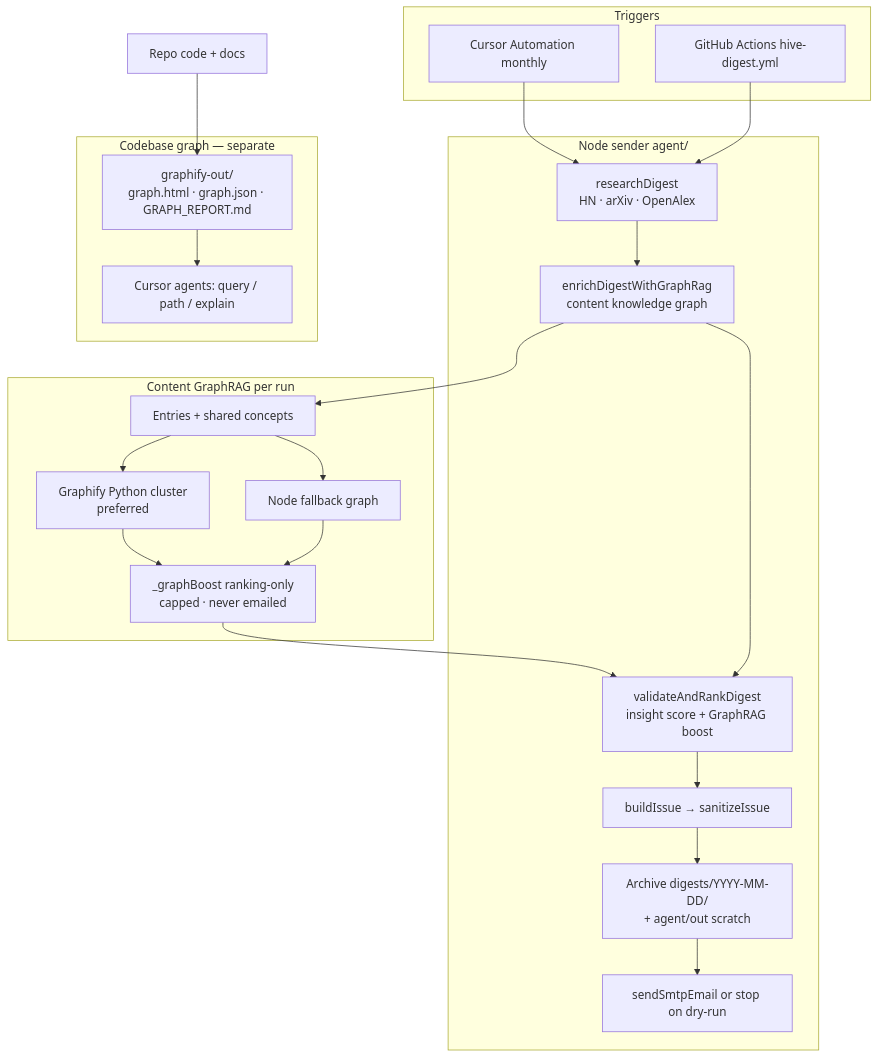
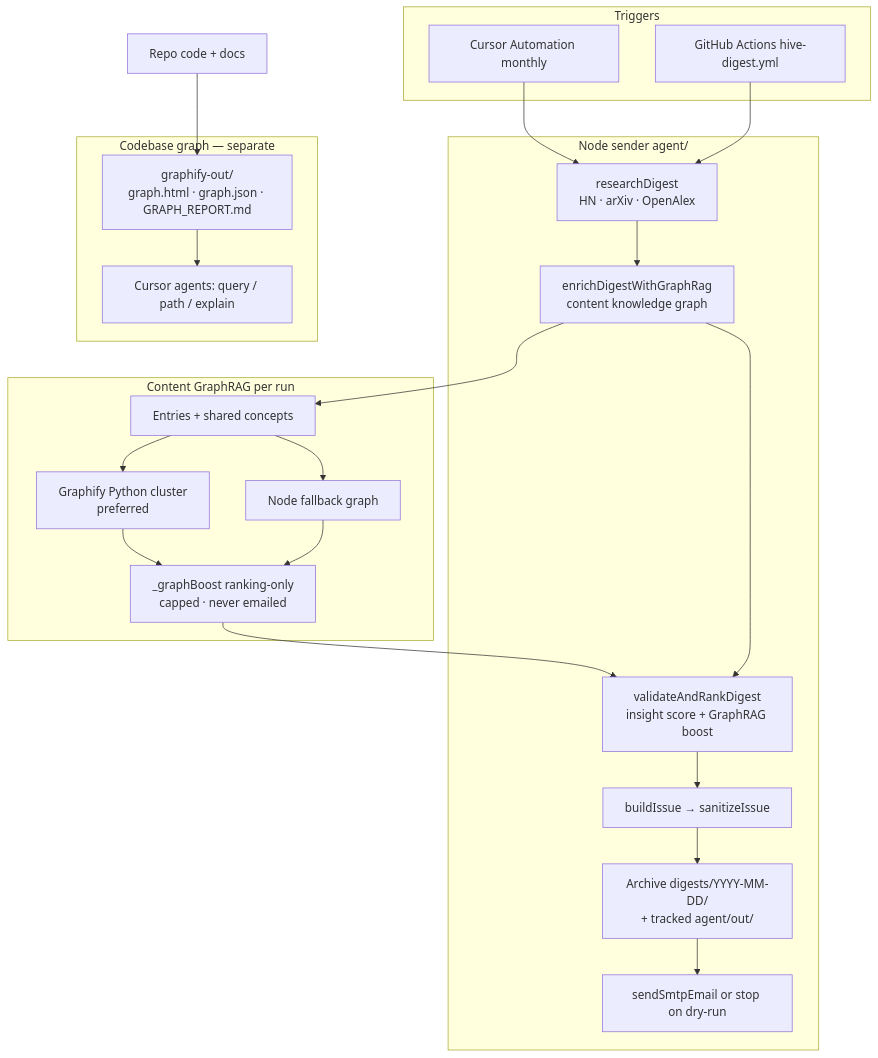
One commit to ark-synbrains/dev-digest changed the diagram in README.md. Above: the diagram before and after it, drawn with Mermaid. The commit also changed other lines of this file and 39 other files, not shown here.

First line of the commit message:
chore: track agent/out run artifacts in git (#26)

````diff
--- a/README.md
+++ b/README.md
@@ -126,45 +126,45 @@
 ```mermaid
 flowchart TB
   subgraph triggers [Triggers]
     CA[Cursor Automation monthly]
     GA[GitHub Actions hive-digest.yml]
   end
 
   subgraph sender [Node sender agent/]
     R[researchDigest<br/>HN · arXiv · OpenAlex]
     G[enrichDigestWithGraphRag<br/>content knowledge graph]
     V[validateAndRankDigest<br/>insight score + GraphRAG boost]
     B[buildIssue → sanitizeIssue]
-    A[Archive digests/YYYY-MM-DD/<br/>+ agent/out scratch]
+    A[Archive digests/YYYY-MM-DD/<br/>+ tracked agent/out/]
     S[sendSmtpEmail or stop on dry-run]
   end
 
   subgraph contentGraph [Content GraphRAG per run]
     E[Entries + shared concepts]
     P[Graphify Python cluster<br/>preferred]
     N[Node fallback graph]
     X[_graphBoost ranking-only<br/>capped · never emailed]
   end
 
   subgraph codebaseGraph [Codebase graph — separate]
     CG[graphify-out/<br/>graph.html · graph.json · GRAPH_REPORT.md]
     CQ[Cursor agents: query / path / explain]
   end
 
   CA --> R
   GA --> R
   R --> G
   G --> E
   E --> P
   E --> N
   P --> X
   N --> X
   X --> V
   G --> V
   V --> B
   B --> A
   A --> S
 
   Codebase[Repo code + docs] --> CG
   CG --> CQ
 ```
````
